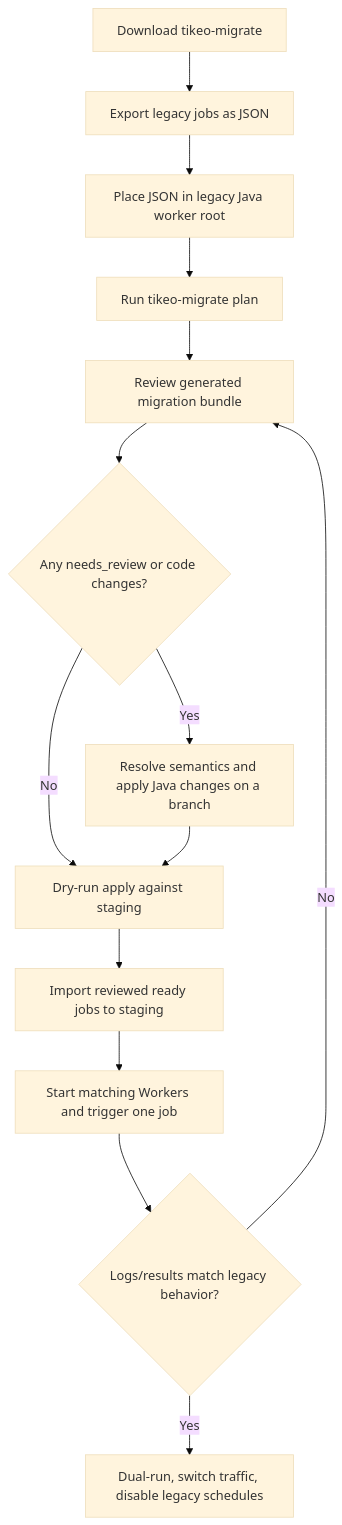
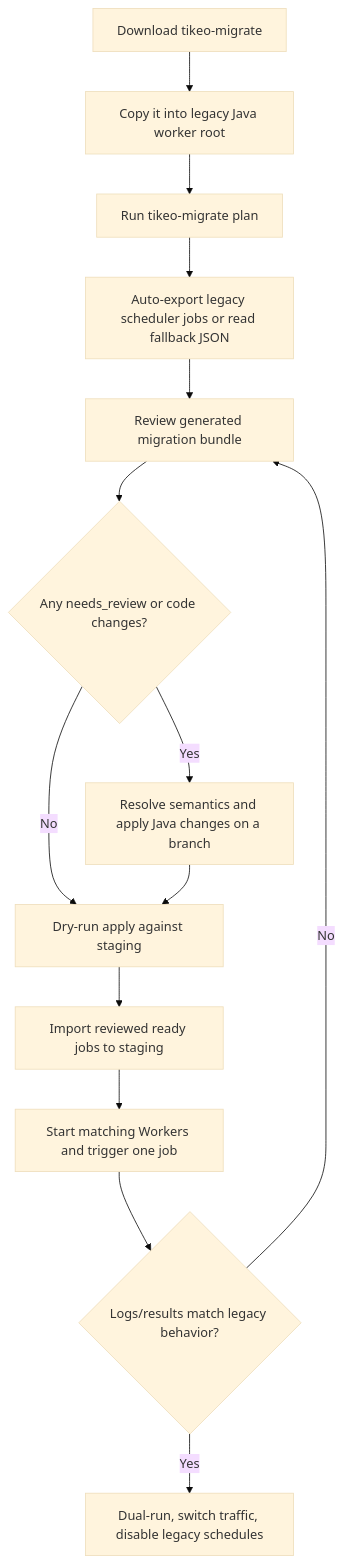
One commit to yhyzgn/tikeo changed the diagram in README.md. Above: the diagram before and after it, drawn with Mermaid (base theme). The commit also changed other lines of this file and 8 other files, not shown here.

Commit message:
Auto-export legacy scheduler data in migration CLI

````diff
--- a/README.md
+++ b/README.md
@@ -243,16 +243,16 @@
 ```mermaid
 flowchart TD
-  A[Download tikeo-migrate] --> B[Export legacy jobs as JSON]
-  B --> C[Place JSON in legacy Java worker root]
-  C --> D[Run tikeo-migrate plan]
+  A[Download tikeo-migrate] --> B[Copy it into legacy Java worker root]
+  B --> C[Run tikeo-migrate plan]
+  C --> D[Auto-export legacy scheduler jobs or read fallback JSON]
   D --> E[Review generated migration bundle]
   E --> F{Any needs_review or code changes?}
   F -- Yes --> G[Resolve semantics and apply Java changes on a branch]
   F -- No --> H[Dry-run apply against staging]
   G --> H
   H --> I[Import reviewed ready jobs to staging]
   I --> J[Start matching Workers and trigger one job]
   J --> K{Logs/results match legacy behavior?}
   K -- No --> E
   K -- Yes --> L[Dual-run, switch traffic, disable legacy schedules]
 ```
````
